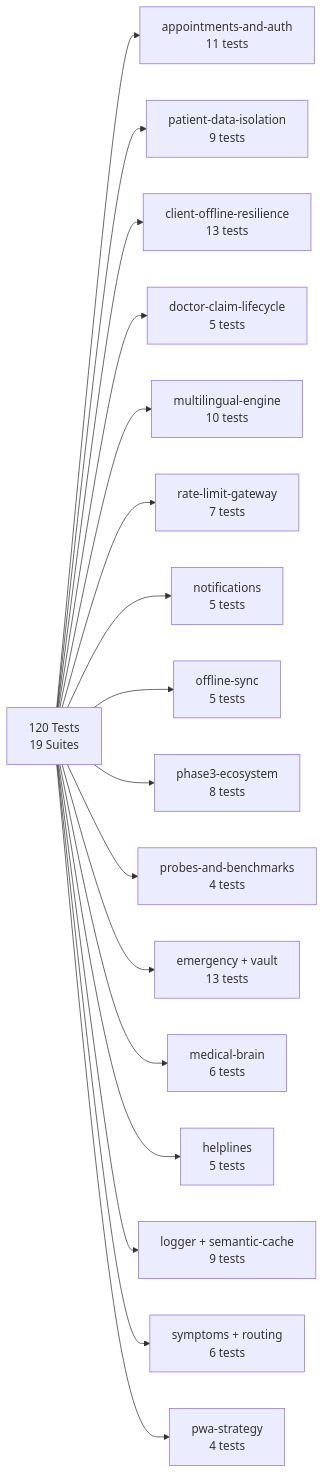
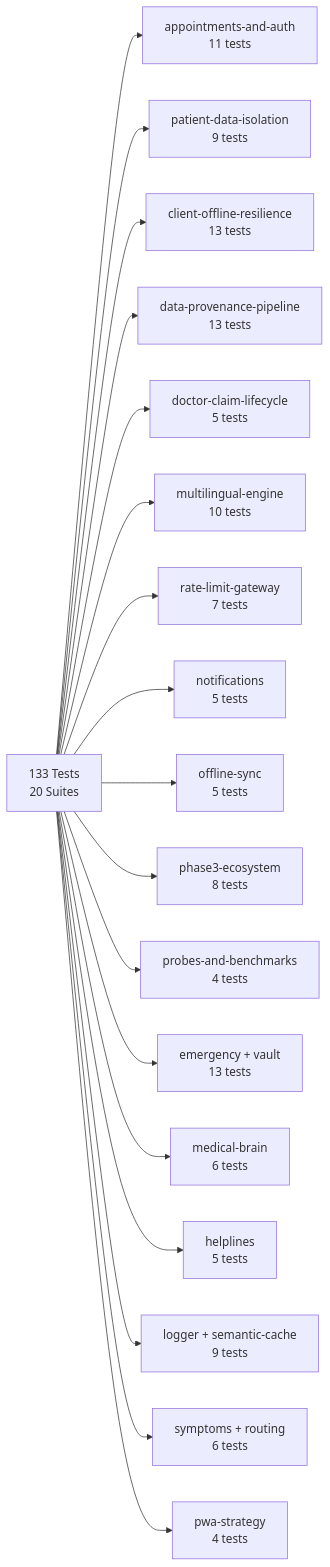
One commit to Arnavshukla09/RURAL-HEALTHCARE-PLATFORM changed the ninth of 9 diagrams in README.md. Above: the diagram before and after it, drawn with Mermaid. The commit also changed other lines of this file and 6 other files, not shown here.

Commit message:
feat(provenance): add canonical facility schema, bounding box validation, and idempotent ETL pipeline

````diff
--- a/README.md
+++ b/README.md
@@ -569,19 +571,20 @@
 ```mermaid
 flowchart LR
-    T["120 Tests\n19 Suites"] --> A["appointments-and-auth\n11 tests"]
+    T["133 Tests\n20 Suites"] --> A["appointments-and-auth\n11 tests"]
     T --> B["patient-data-isolation\n9 tests"]
     T --> C["client-offline-resilience\n13 tests"]
-    T --> D["doctor-claim-lifecycle\n5 tests"]
-    T --> E["multilingual-engine\n10 tests"]
-    T --> F["rate-limit-gateway\n7 tests"]
-    T --> G["notifications\n5 tests"]
-    T --> H["offline-sync\n5 tests"]
-    T --> I["phase3-ecosystem\n8 tests"]
-    T --> J["probes-and-benchmarks\n4 tests"]
-    T --> K["emergency + vault\n13 tests"]
-    T --> L["medical-brain\n6 tests"]
-    T --> M["helplines\n5 tests"]
-    T --> N["logger + semantic-cache\n9 tests"]
-    T --> O["symptoms + routing\n6 tests"]
-    T --> P["pwa-strategy\n4 tests"]
+    T --> D["data-provenance-pipeline\n13 tests"]
+    T --> E["doctor-claim-lifecycle\n5 tests"]
+    T --> F["multilingual-engine\n10 tests"]
+    T --> G["rate-limit-gateway\n7 tests"]
+    T --> H["notifications\n5 tests"]
+    T --> I["offline-sync\n5 tests"]
+    T --> J["phase3-ecosystem\n8 tests"]
+    T --> K["probes-and-benchmarks\n4 tests"]
+    T --> L["emergency + vault\n13 tests"]
+    T --> M["medical-brain\n6 tests"]
+    T --> N["helplines\n5 tests"]
+    T --> O["logger + semantic-cache\n9 tests"]
+    T --> P["symptoms + routing\n6 tests"]
+    T --> Q["pwa-strategy\n4 tests"]
 ```
````
